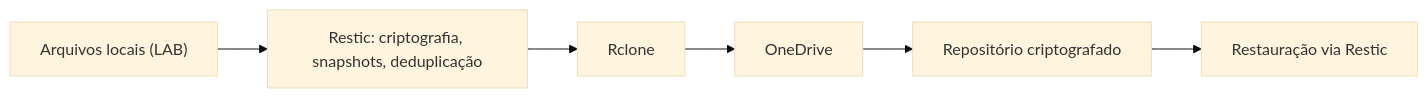
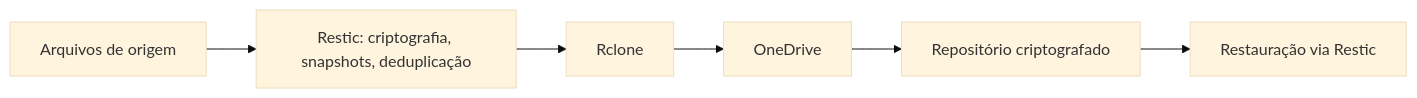
One commit to GabrielCerqm/Cloud-Encrypted-Backup changed the diagram in README.md. Above: the diagram before and after it, drawn with Mermaid (base theme). The commit also changed other lines of this file, not shown here.

````diff
--- a/README.md
+++ b/README.md
@@ -30,8 +30,8 @@
 ```mermaid
 flowchart LR
-    A["Arquivos locais (LAB)"] --> B["Restic: criptografia, snapshots, deduplicação"]
+    A["Arquivos de origem"] --> B["Restic: criptografia, snapshots, deduplicação"]
     B --> C["Rclone"]
     C --> D["OneDrive"]
     D --> E["Repositório criptografado"]
     E --> F["Restauração via Restic"]
 ```
````
